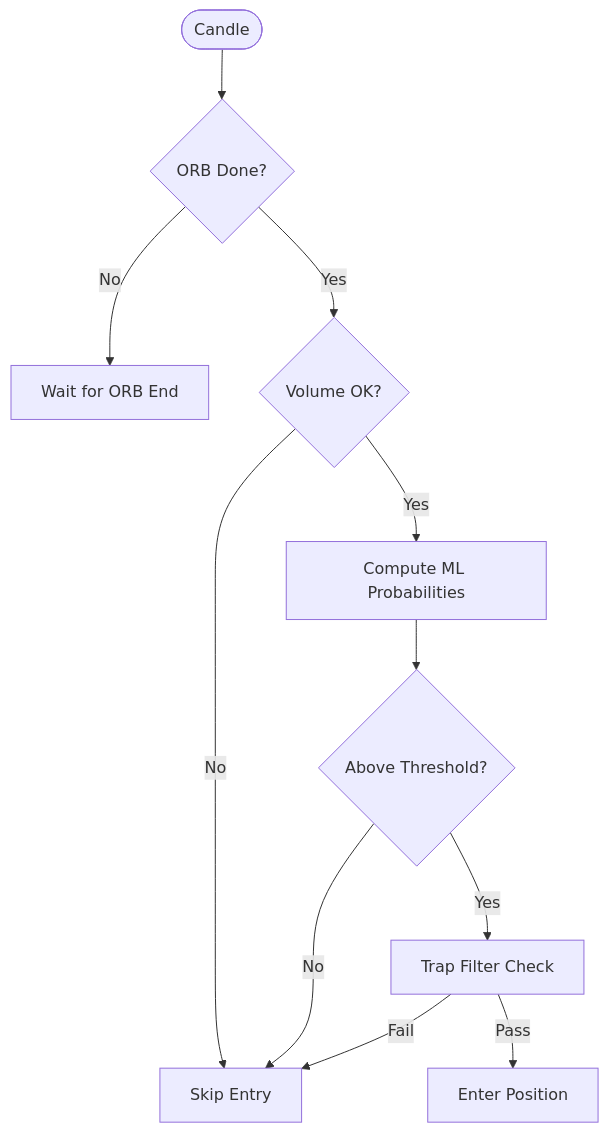
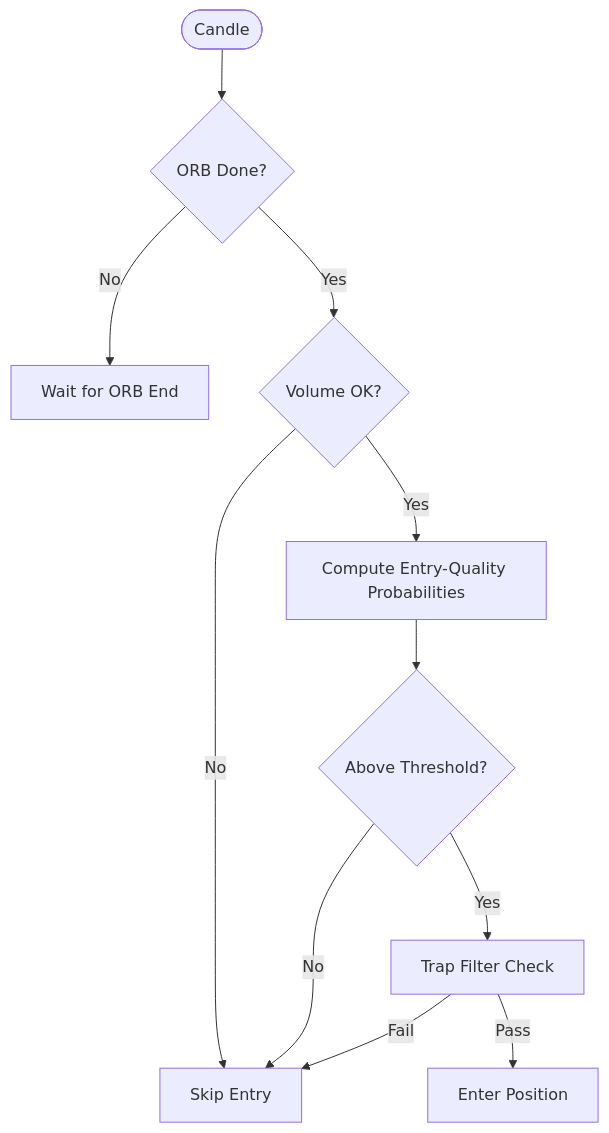
Before and after one commit to tauqeersiddiqui-art/tradingsystem: the third of 4 diagrams in .qoder/repowiki/en/content/Machine Learning Pipeline/Feature Engineering/Dataset Construction.md, drawn with Mermaid. The commit also changed other lines of this file and 71 other files, not shown here.

Commit message:
Add rejection-first entry quality filters, entry-quality ML target with fail-hard pipeline, post-trade loss classification, and reproducible Phase-8 backtest

````diff
--- a/.qoder/repowiki/en/content/Machine Learning Pipeline/Feature Engineering/Dataset Construction.md
+++ b/.qoder/repowiki/en/content/Machine Learning Pipeline/Feature Engineering/Dataset Construction.md
@@ -183,13 +227,13 @@
 ```mermaid
 flowchart TD
 Start(["Candle"]) --> ORBCheck{"ORB Done?"}
 ORBCheck --> |No| WaitORB["Wait for ORB End"]
 ORBCheck --> |Yes| VolCheck{"Volume OK?"}
 VolCheck --> |No| Skip["Skip Entry"]
-VolCheck --> |Yes| MLProb["Compute ML Probabilities"]
+VolCheck --> |Yes| MLProb["Compute Entry-Quality Probabilities"]
 MLProb --> Threshold{"Above Threshold?"}
 Threshold --> |No| Skip
 Threshold --> |Yes| TrapFilter["Trap Filter Check"]
 TrapFilter --> |Pass| Enter["Enter Position"]
 TrapFilter --> |Fail| Skip
 ```
````
